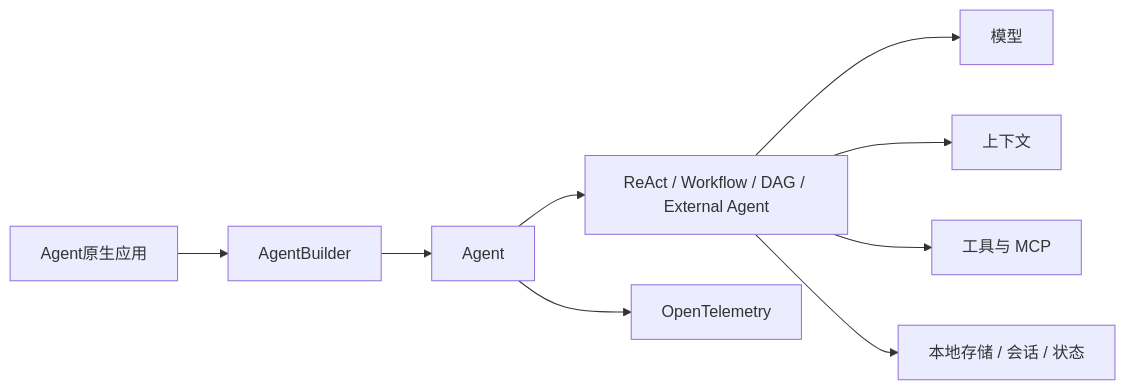
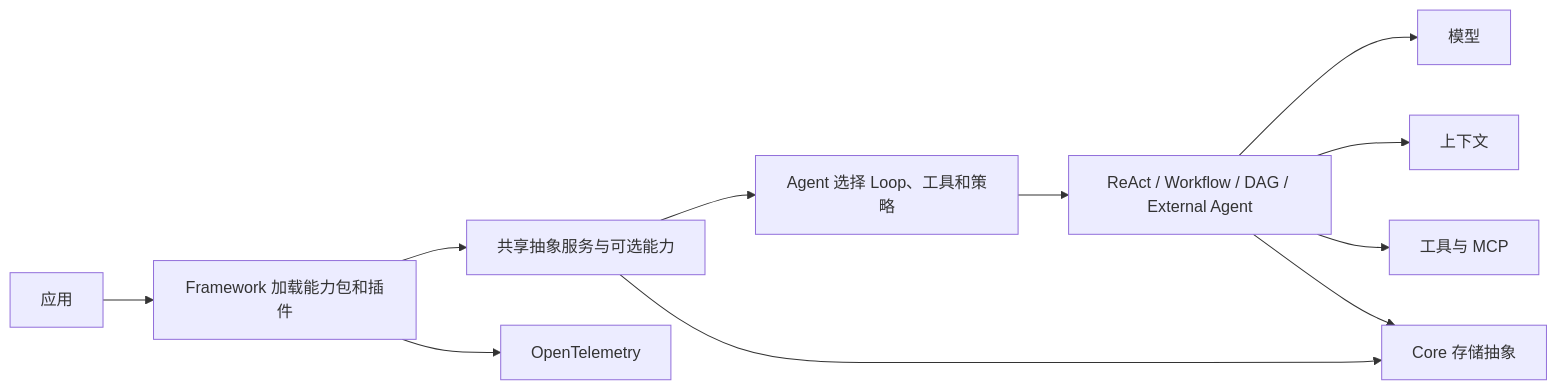
Before and after one commit to Penglai-Link/eliteforge-agent-framework: the diagram in README.md, drawn with Mermaid. The commit also changed other lines of this file and 29 other files, not shown here.

````diff
--- a/README.md
+++ b/README.md
@@ -23,11 +26,13 @@
 ```mermaid
 flowchart LR
-    Application[Agent原生应用] --> Builder[AgentBuilder]
-    Builder --> Agent[Agent]
+    Application[应用] --> Framework[Framework 加载能力包和插件]
+    Framework --> Registry[共享抽象服务与可选能力]
+    Registry --> Agent[Agent 选择 Loop、工具和策略]
     Agent --> Loop[ReAct / Workflow / DAG / External Agent]
     Loop --> Model[模型]
     Loop --> Context[上下文]
     Loop --> Tool[工具与 MCP]
-    Loop --> Store[本地存储 / 会话 / 状态]
-    Agent --> OTel[OpenTelemetry]
+    Loop --> Store[Core 存储抽象]
+    Registry --> Store
+    Framework --> OTel[OpenTelemetry]
 ```
````
